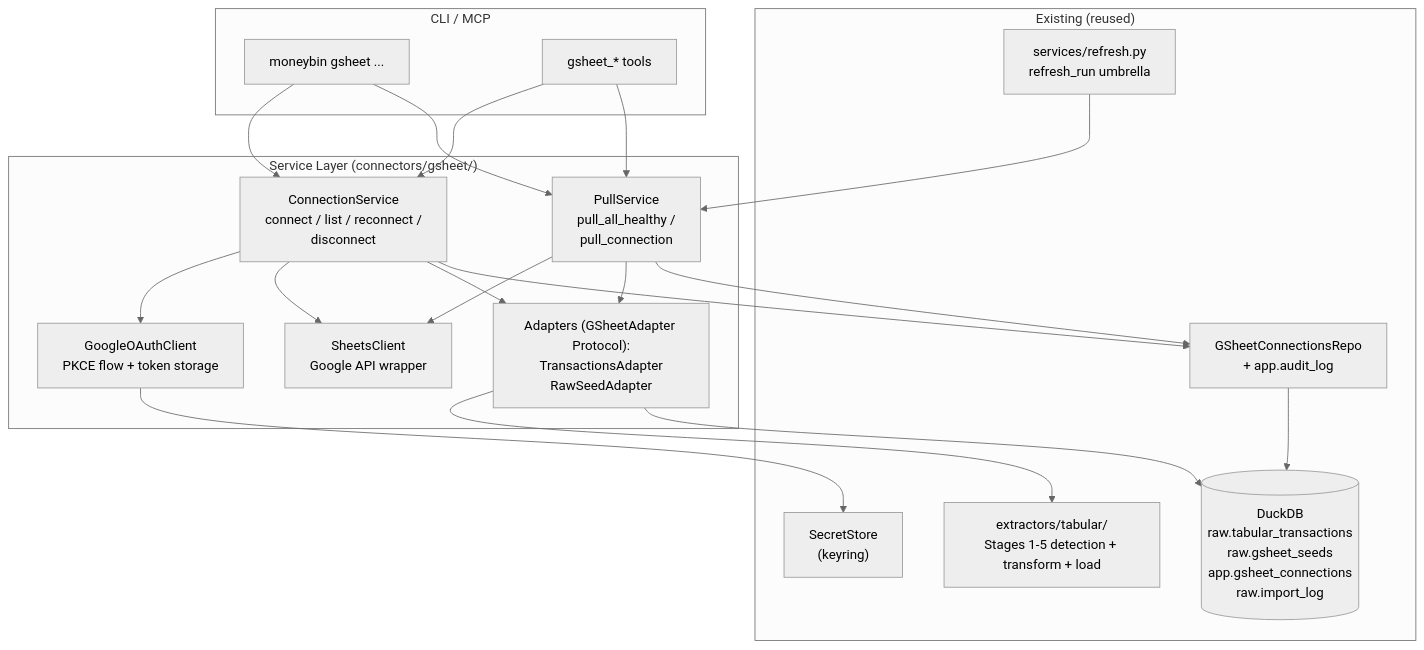
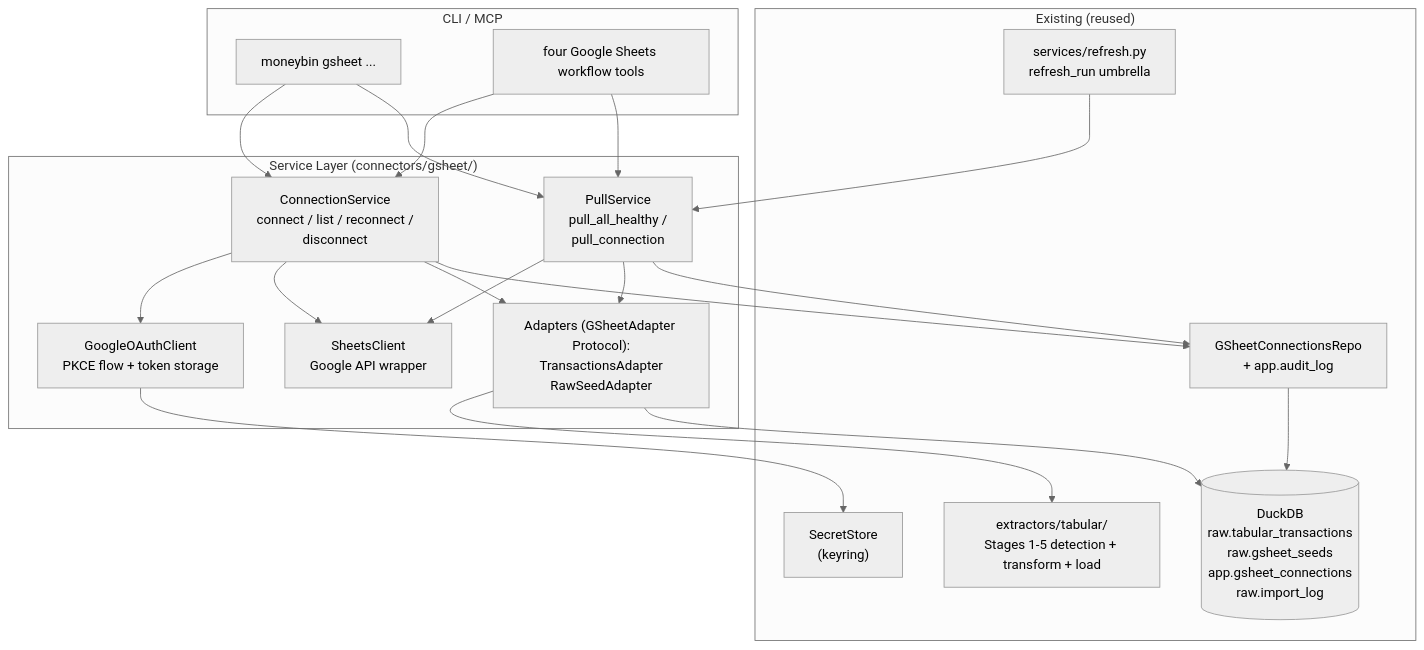
One commit to bsaffel/moneybin changed the first of 5 diagrams in docs/specs/connect-gsheet.md. Above: the diagram before and after it, drawn with Mermaid (neutral theme). The commit also changed other lines of this file and 88 other files, not shown here.

````diff
--- a/docs/specs/connect-gsheet.md
+++ b/docs/specs/connect-gsheet.md
@@ -186,40 +183,40 @@
 ```mermaid
 flowchart TB
     subgraph CLI / MCP
         CLI["moneybin gsheet ..."]
-        MCP["gsheet_* tools"]
+        MCP["four Google Sheets workflow tools"]
     end
 
     subgraph "Service Layer (connectors/gsheet/)"
         ConnSvc["ConnectionService<br/>connect / list / reconnect /<br/>disconnect"]
         PullSvc["PullService<br/>pull_all_healthy /<br/>pull_connection"]
         OAuth["GoogleOAuthClient<br/>PKCE flow + token storage"]
         Sheets["SheetsClient<br/>Google API wrapper"]
         Adapter["Adapters (GSheetAdapter Protocol):<br/>TransactionsAdapter<br/>RawSeedAdapter"]
     end
 
     subgraph "Existing (reused)"
         Tabular["extractors/tabular/<br/>Stages 1-5 detection + transform + load"]
         Refresh["services/refresh.py<br/>refresh_run umbrella"]
         Repo["GSheetConnectionsRepo<br/>+ app.audit_log"]
         DB[("DuckDB<br/>raw.tabular_transactions<br/>raw.gsheet_seeds<br/>app.gsheet_connections<br/>raw.import_log")]
         Secrets["SecretStore<br/>(keyring)"]
     end
 
     CLI --> ConnSvc
     CLI --> PullSvc
     MCP --> ConnSvc
     MCP --> PullSvc
     ConnSvc --> OAuth
     ConnSvc --> Sheets
     ConnSvc --> Adapter
     ConnSvc --> Repo
     PullSvc --> Sheets
     PullSvc --> Adapter
     PullSvc --> Repo
     Adapter --> Tabular
     Adapter --> DB
     OAuth --> Secrets
     Repo --> DB
     Refresh --> PullSvc
 ```
````
